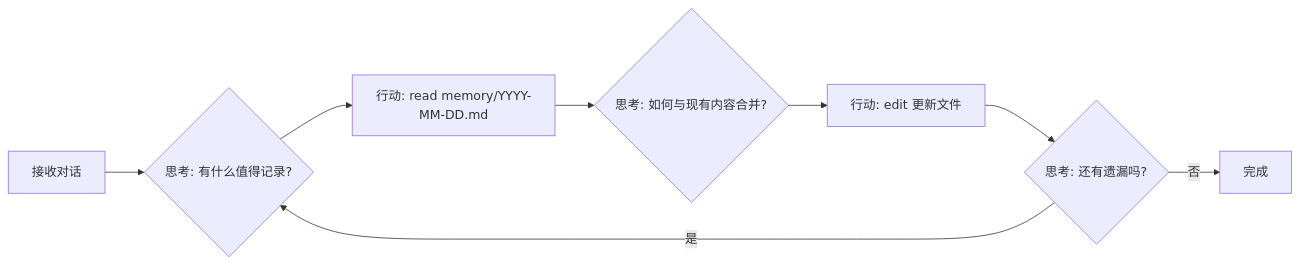
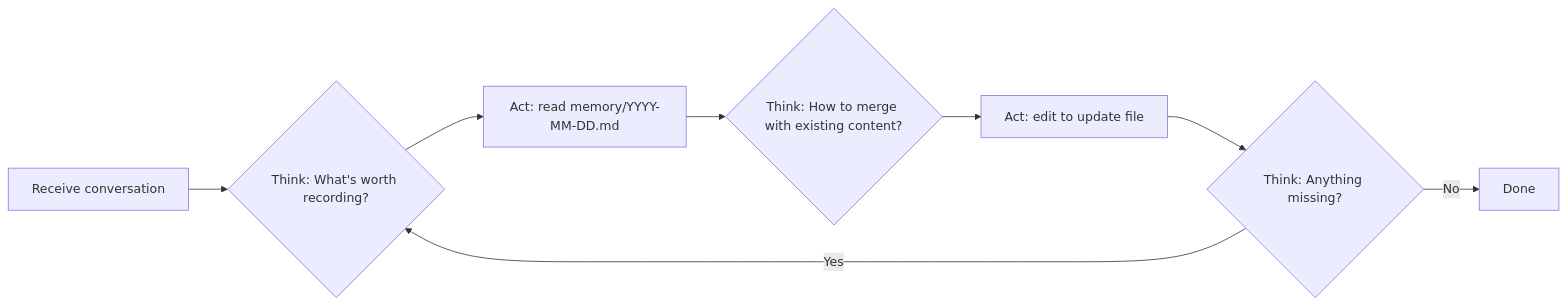
Before and after one commit to codingwatching/ReMe: the second of 5 diagrams in README.md, drawn with Mermaid. The commit also changed other lines of this file and 2 other files, not shown here.

Commit message:
docs(readme): translate documentation to English and restructure content

````diff
--- a/README.md
+++ b/README.md
@@ -118,10 +376,10 @@
 ```mermaid
 graph LR
-    A[接收对话] --> B{思考: 有什么值得记录?}
-    B --> C[行动: read memory/YYYY-MM-DD.md]
-    C --> D{思考: 如何与现有内容合并?}
-    D --> E[行动: edit 更新文件]
-    E --> F{思考: 还有遗漏吗?}
-    F -->|是| B
-    F -->|否| G[完成]
+    A[Receive conversation] --> B{Think: What's worth recording?}
+    B --> C[Act: read memory/YYYY-MM-DD.md]
+    C --> D{Think: How to merge with existing content?}
+    D --> E[Act: edit to update file]
+    E --> F{Think: Anything missing?}
+    F -->|Yes| B
+    F -->|No| G[Done]
 ```
````
